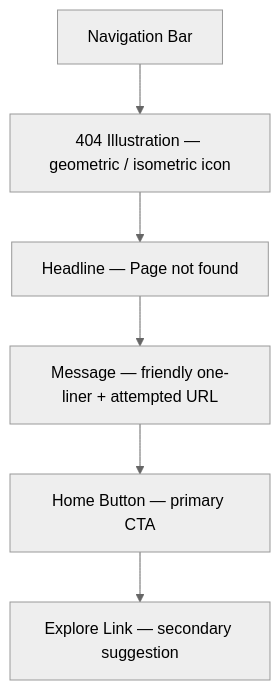
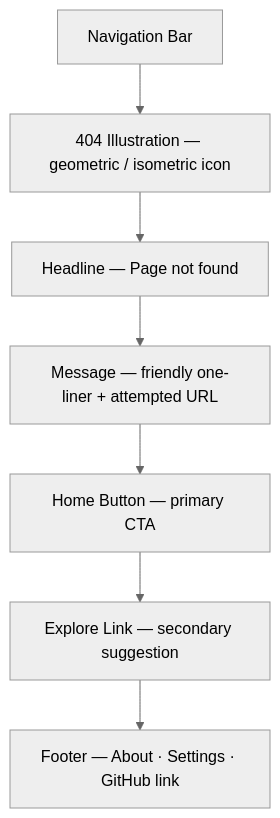
The diagram in docs/pages/not-found/SPEC.md (nsheaps/farish), drawn with Mermaid (neutral theme) before and after one commit. The commit also changed other lines of this file and 30 other files, not shown here.

First line of the commit message:
docs(pages): step-16 cross-page validation — global footer, nav consistency fixes

````diff
--- a/docs/pages/not-found/SPEC.md
+++ b/docs/pages/not-found/SPEC.md
@@ -32,10 +32,11 @@
 ```mermaid
 flowchart TB
     Nav[Navigation Bar]
     Illustration[404 Illustration — geometric / isometric icon]
     Headline[Headline — Page not found]
     Message[Message — friendly one-liner + attempted URL]
     HomeButton[Home Button — primary CTA]
     ExploreLink[Explore Link — secondary suggestion]
-    Nav --> Illustration --> Headline --> Message --> HomeButton --> ExploreLink
+    Footer[Footer — About · Settings · GitHub link]
+    Nav --> Illustration --> Headline --> Message --> HomeButton --> ExploreLink --> Footer
 ```
````
